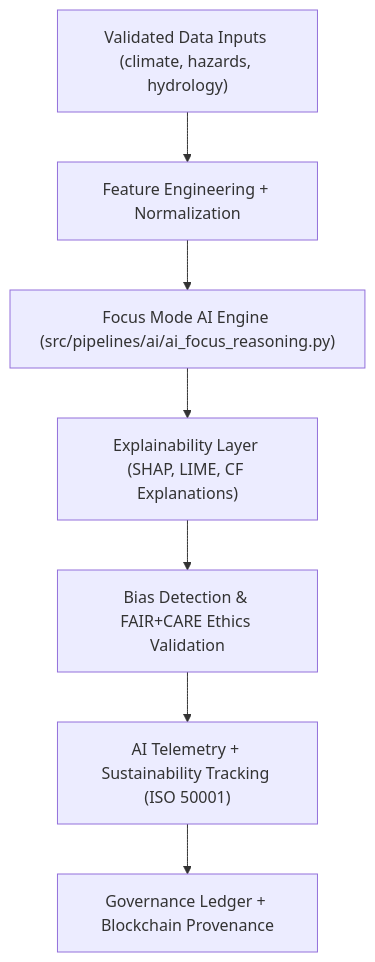
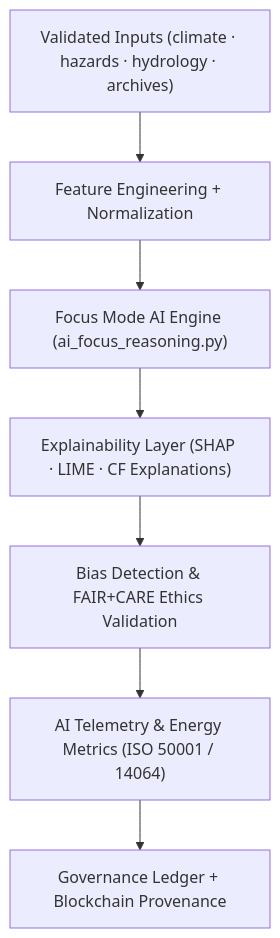
Before and after one commit to bartytime4life/Kansas-Frontier-Matrix: the first of 3 diagrams in docs/architecture/ai-system-architecture.md, drawn with Mermaid. The commit also changed other lines of this file, not shown here.

````diff
--- a/docs/architecture/ai-system-architecture.md
+++ b/docs/architecture/ai-system-architecture.md
@@ -65,9 +65,9 @@
 ```mermaid
 flowchart TD
-    A["Validated Data Inputs (climate, hazards, hydrology)"] --> B["Feature Engineering + Normalization"]
-    B --> C["Focus Mode AI Engine (src/pipelines/ai/ai_focus_reasoning.py)"]
-    C --> D["Explainability Layer (SHAP, LIME, CF Explanations)"]
+    A["Validated Inputs (climate · hazards · hydrology · archives)"] --> B["Feature Engineering + Normalization"]
+    B --> C["Focus Mode AI Engine (ai_focus_reasoning.py)"]
+    C --> D["Explainability Layer (SHAP · LIME · CF Explanations)"]
     D --> E["Bias Detection & FAIR+CARE Ethics Validation"]
-    E --> F["AI Telemetry + Sustainability Tracking (ISO 50001)"]
+    E --> F["AI Telemetry & Energy Metrics (ISO 50001 / 14064)"]
     F --> G["Governance Ledger + Blockchain Provenance"]
 ```
````
